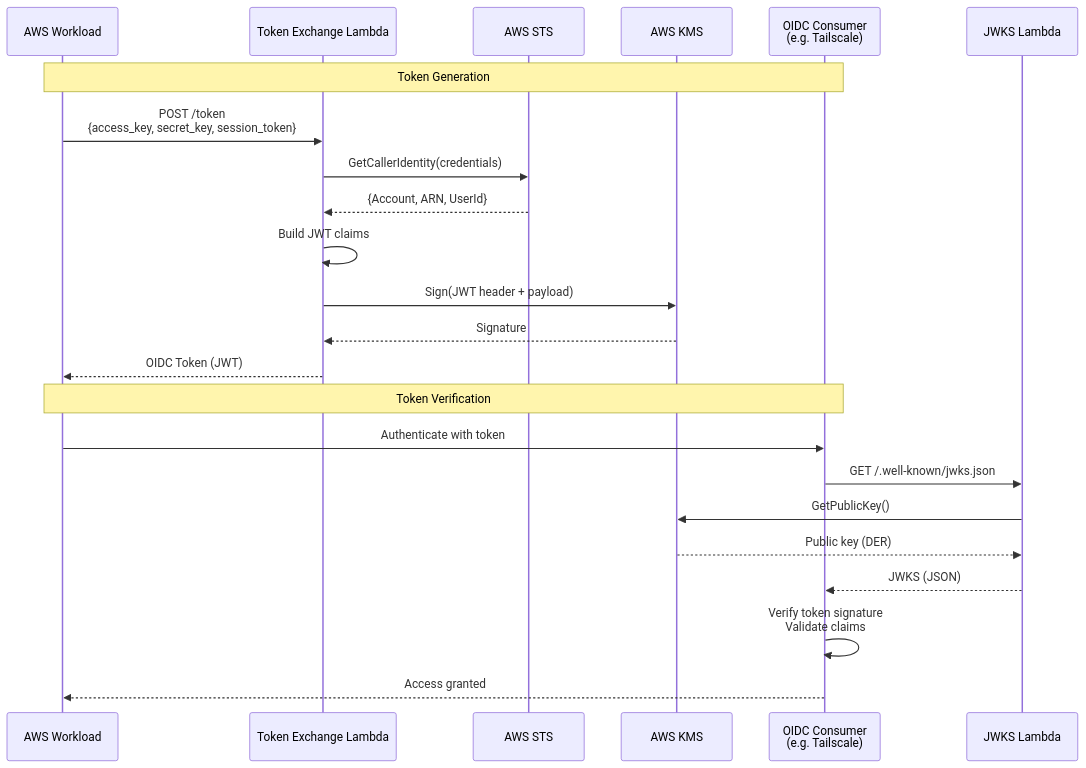
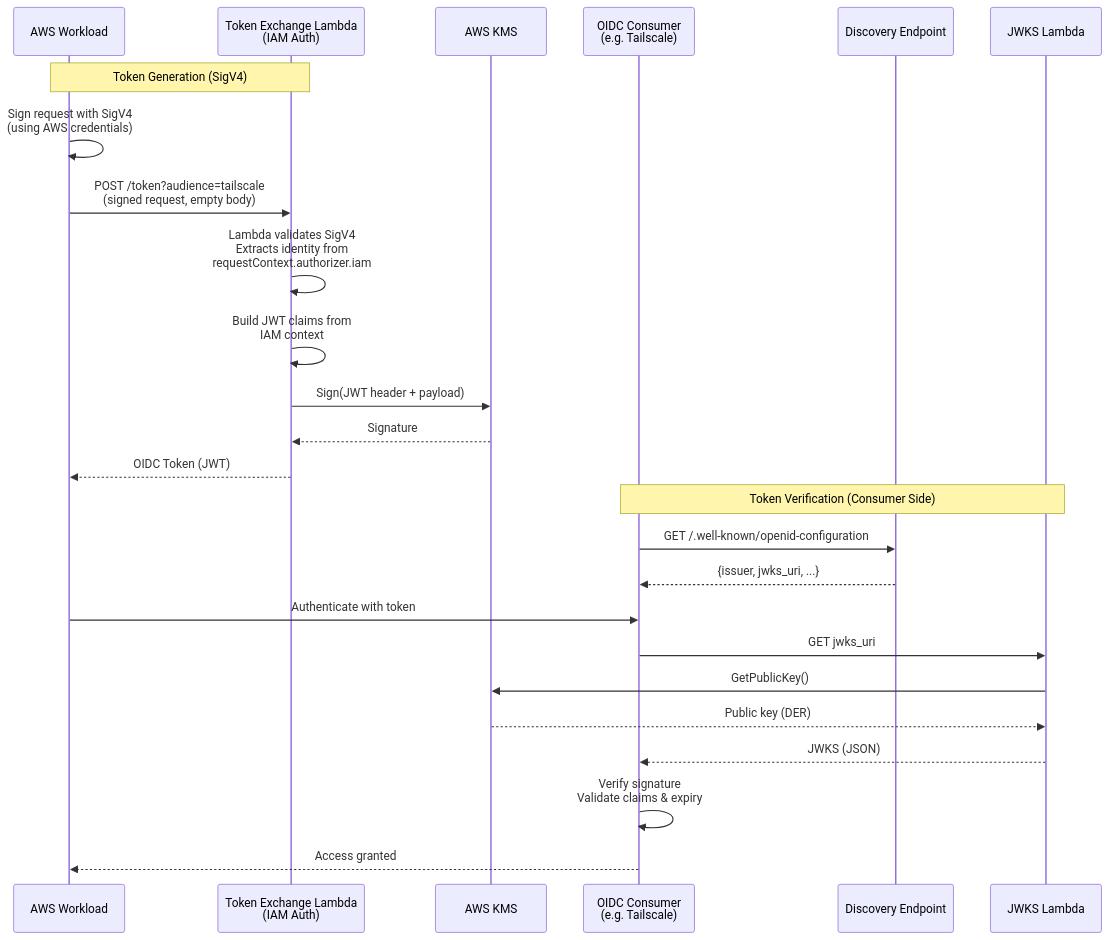
One commit to latacora/aws-oidc-workload-identity changed the second of 2 diagrams in README.md. Above: the diagram before and after it, drawn with Mermaid. The commit also changed other lines of this file, not shown here.

First line of the commit message:
docs: update README for SigV4 authentication flow

````diff
--- a/README.md
+++ b/README.md
@@ -45,27 +45,29 @@
 ```mermaid
 sequenceDiagram
     participant Client as AWS Workload
-    participant TokenLambda as Token Exchange Lambda
-    participant STS as AWS STS
+    participant TokenLambda as Token Exchange Lambda<br/>(IAM Auth)
     participant KMS as AWS KMS
     participant Consumer as OIDC Consumer<br/>(e.g. Tailscale)
+    participant Discovery as Discovery Endpoint
     participant JWKSLambda as JWKS Lambda
 
-    Note over Client,Consumer: Token Generation
-    Client->>TokenLambda: POST /token<br/>{access_key, secret_key, session_token}
-    TokenLambda->>STS: GetCallerIdentity(credentials)
-    STS-->>TokenLambda: {Account, ARN, UserId}
-    TokenLambda->>TokenLambda: Build JWT claims
+    Note over Client,TokenLambda: Token Generation (SigV4)
+    Client->>Client: Sign request with SigV4<br/>(using AWS credentials)
+    Client->>TokenLambda: POST /token?audience=tailscale<br/>(signed request, empty body)
+    TokenLambda->>TokenLambda: Lambda validates SigV4<br/>Extracts identity from<br/>requestContext.authorizer.iam
+    TokenLambda->>TokenLambda: Build JWT claims from<br/>IAM context
     TokenLambda->>KMS: Sign(JWT header + payload)
     KMS-->>TokenLambda: Signature
     TokenLambda-->>Client: OIDC Token (JWT)
 
-    Note over Client,Consumer: Token Verification
+    Note over Consumer,JWKSLambda: Token Verification (Consumer Side)
+    Consumer->>Discovery: GET /.well-known/openid-configuration
+    Discovery-->>Consumer: {issuer, jwks_uri, ...}
     Client->>Consumer: Authenticate with token
-    Consumer->>JWKSLambda: GET /.well-known/jwks.json
+    Consumer->>JWKSLambda: GET jwks_uri
     JWKSLambda->>KMS: GetPublicKey()
     KMS-->>JWKSLambda: Public key (DER)
     JWKSLambda-->>Consumer: JWKS (JSON)
-    Consumer->>Consumer: Verify token signature<br/>Validate claims
+    Consumer->>Consumer: Verify signature<br/>Validate claims & expiry
     Consumer-->>Client: Access granted
 ```
````
